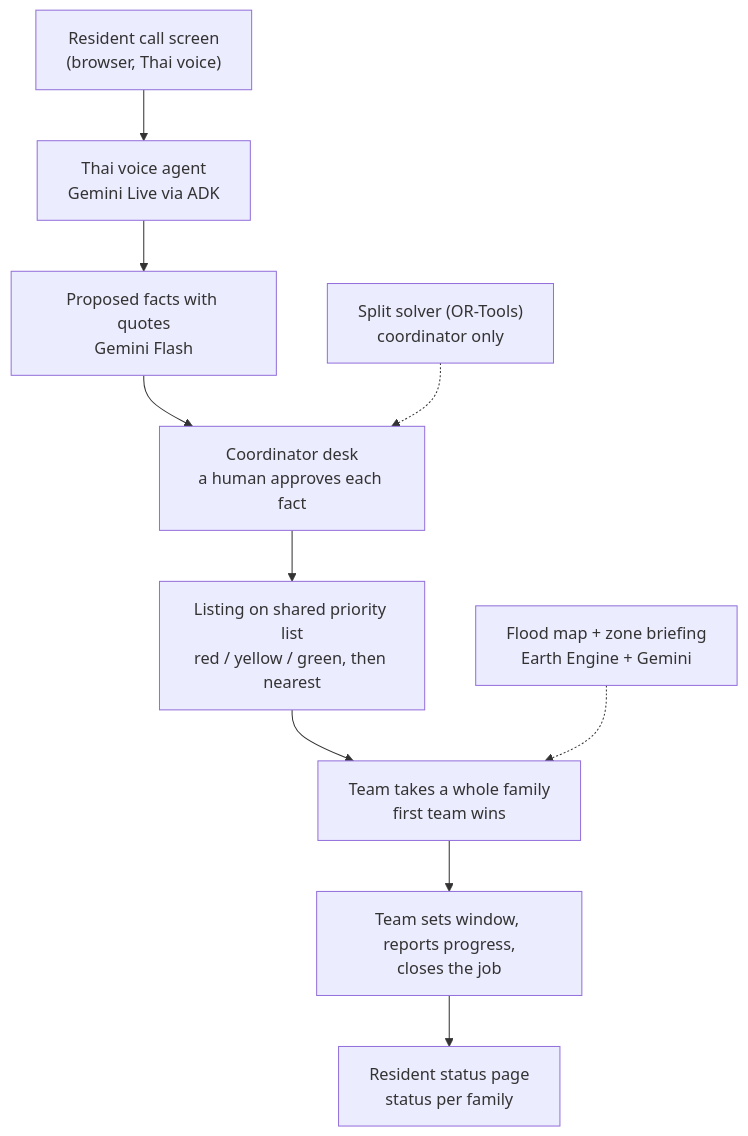
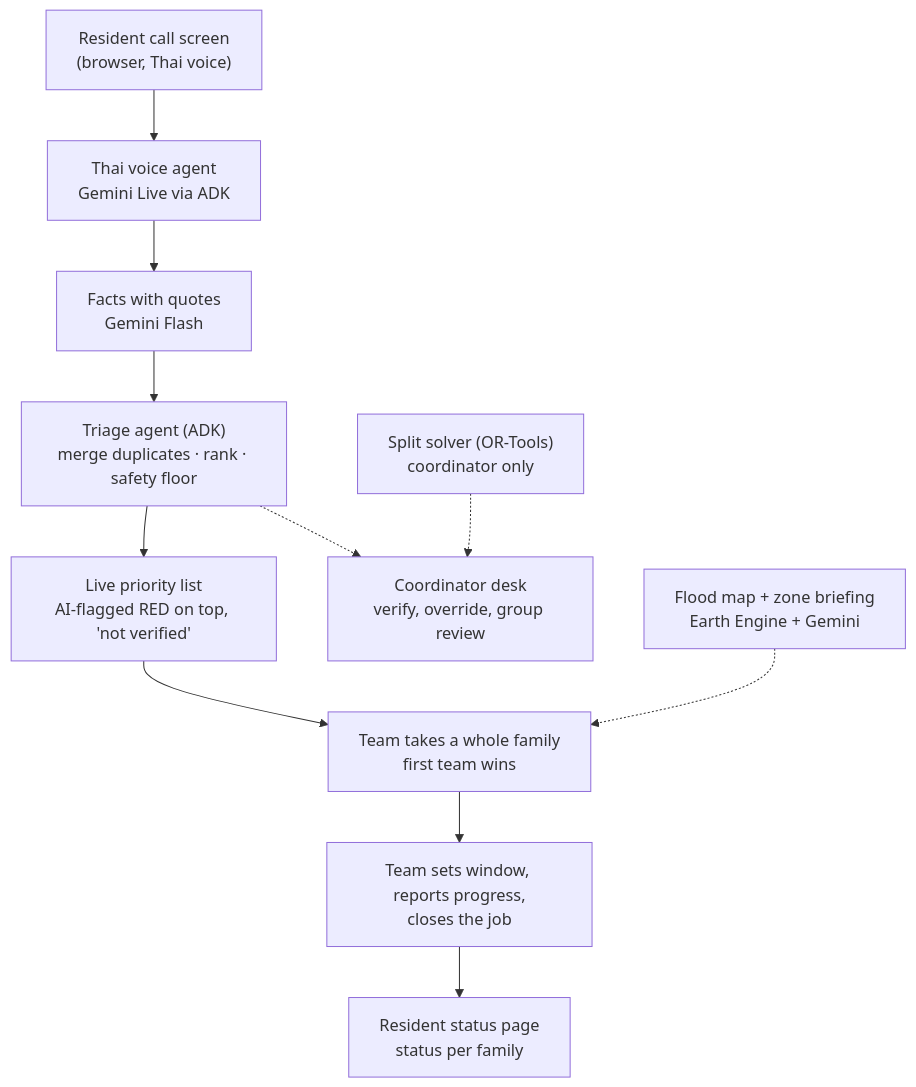
One commit to Supphaset/ReachPoint changed the first of 3 diagrams in docs/OVERVIEW.md. Above: the diagram before and after it, drawn with Mermaid. The commit also changed other lines of this file and 8 other files, not shown here.

First line of the commit message:
Make the surge the headline and add the triage agent (D21-D24)

````diff
--- a/docs/OVERVIEW.md
+++ b/docs/OVERVIEW.md
@@ -20,12 +28,13 @@
 ```mermaid
 flowchart TD
   A["Resident call screen<br/>(browser, Thai voice)"] --> B["Thai voice agent<br/>Gemini Live via ADK"]
-  B --> C["Proposed facts with quotes<br/>Gemini Flash"]
-  C --> D["Coordinator desk<br/>a human approves each fact"]
-  D --> E["Listing on shared priority list<br/>red / yellow / green, then nearest"]
+  B --> C["Facts with quotes<br/>Gemini Flash"]
+  C --> TR["Triage agent (ADK)<br/>merge duplicates · rank · safety floor"]
+  TR --> E["Live priority list<br/>AI-flagged RED on top, 'not verified'"]
+  TR -.-> D["Coordinator desk<br/>verify, override, group review"]
   E --> F["Team takes a whole family<br/>first team wins"]
   F --> G["Team sets window, reports progress,<br/>closes the job"]
   G --> H["Resident status page<br/>status per family"]
   S["Split solver (OR-Tools)<br/>coordinator only"] -.-> D
   M["Flood map + zone briefing<br/>Earth Engine + Gemini"] -.-> F
 ```
````
